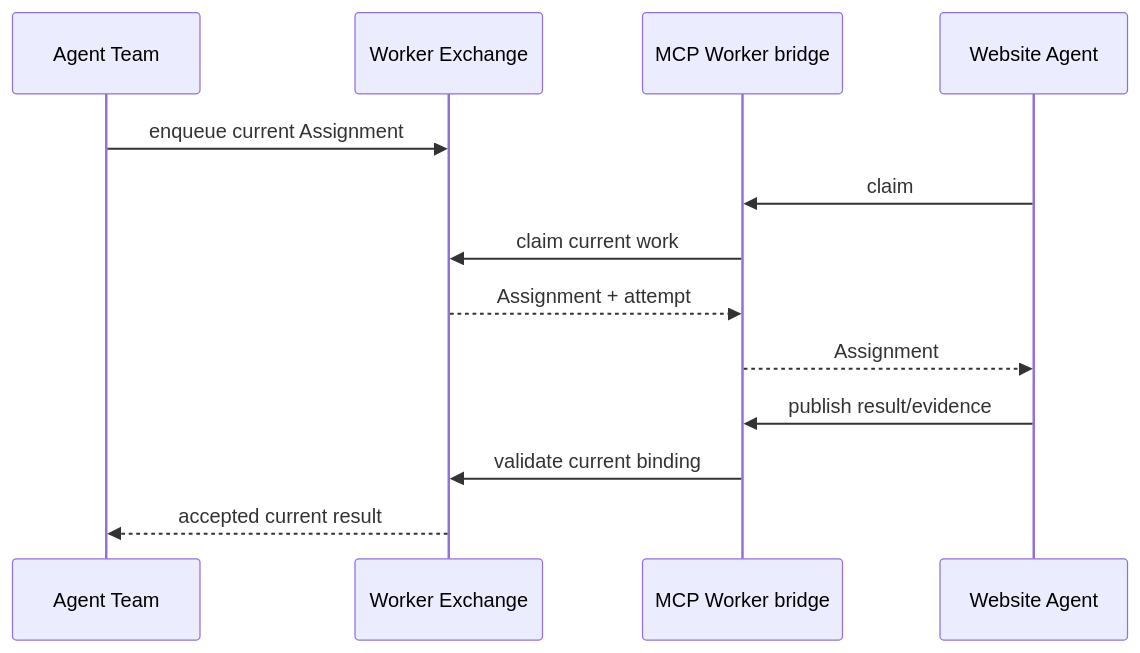
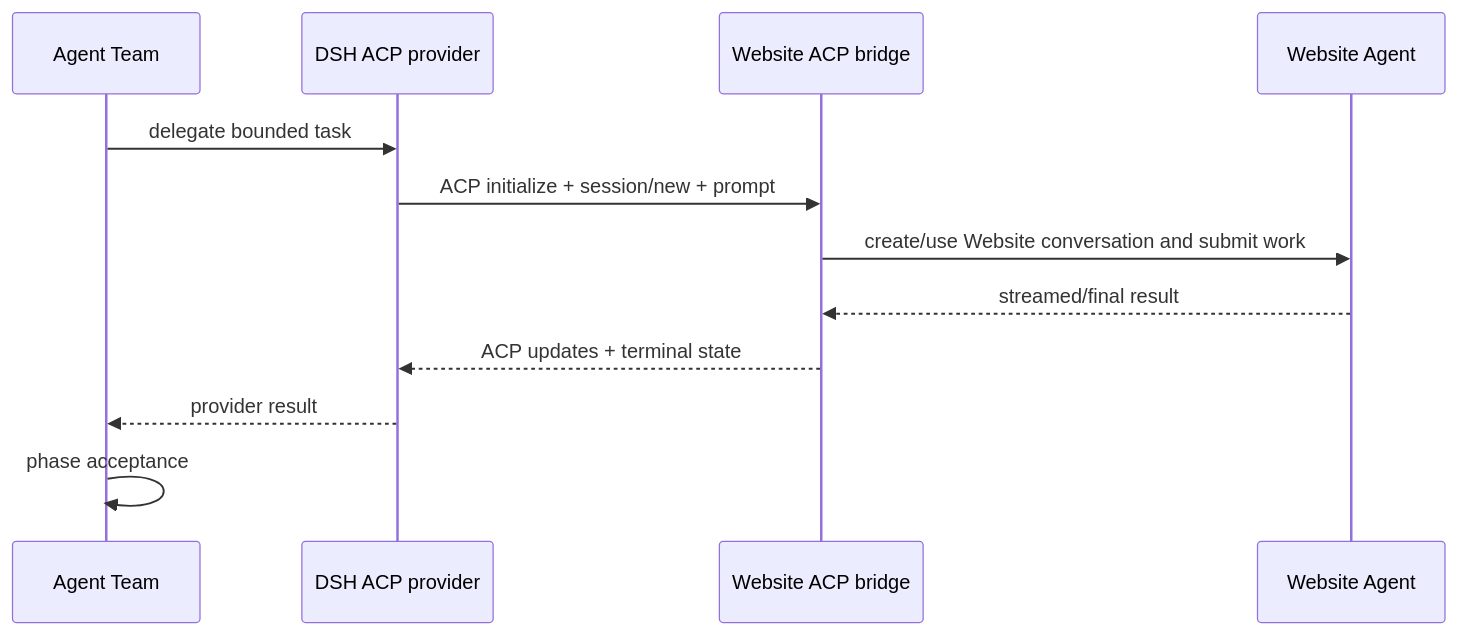
One commit to tsuuanmi/AgentOS changed the third of 3 diagrams in docs/architecture/agent-communication.md. Above: the diagram before and after it, drawn with Mermaid. The commit also changed other lines of this file, not shown here.

Commit message:
docs: remove legacy Worker Exchange from communication architecture

```diff
--- a/docs/architecture/agent-communication.md
+++ b/docs/architecture/agent-communication.md
@@ -191,17 +129,15 @@
 ~~~mermaid
 sequenceDiagram
     participant T as Agent Team
-    participant X as Worker Exchange
-    participant M as MCP Worker bridge
+    participant D as DSH ACP provider
+    participant B as Website ACP bridge
     participant W as Website Agent
 
-    T->>X: enqueue current Assignment
-    W->>M: claim
-    M->>X: claim current work
-    X-->>M: Assignment + attempt
-    M-->>W: Assignment
-
-    W->>M: publish result/evidence
-    M->>X: validate current binding
-    X-->>T: accepted current result
+    T->>D: delegate bounded task
+    D->>B: ACP initialize + session/new + prompt
+    B->>W: create/use Website conversation and submit work
+    W-->>B: streamed/final result
+    B-->>D: ACP updates + terminal state
+    D-->>T: provider result
+    T->>T: phase acceptance
 ~~~
```
